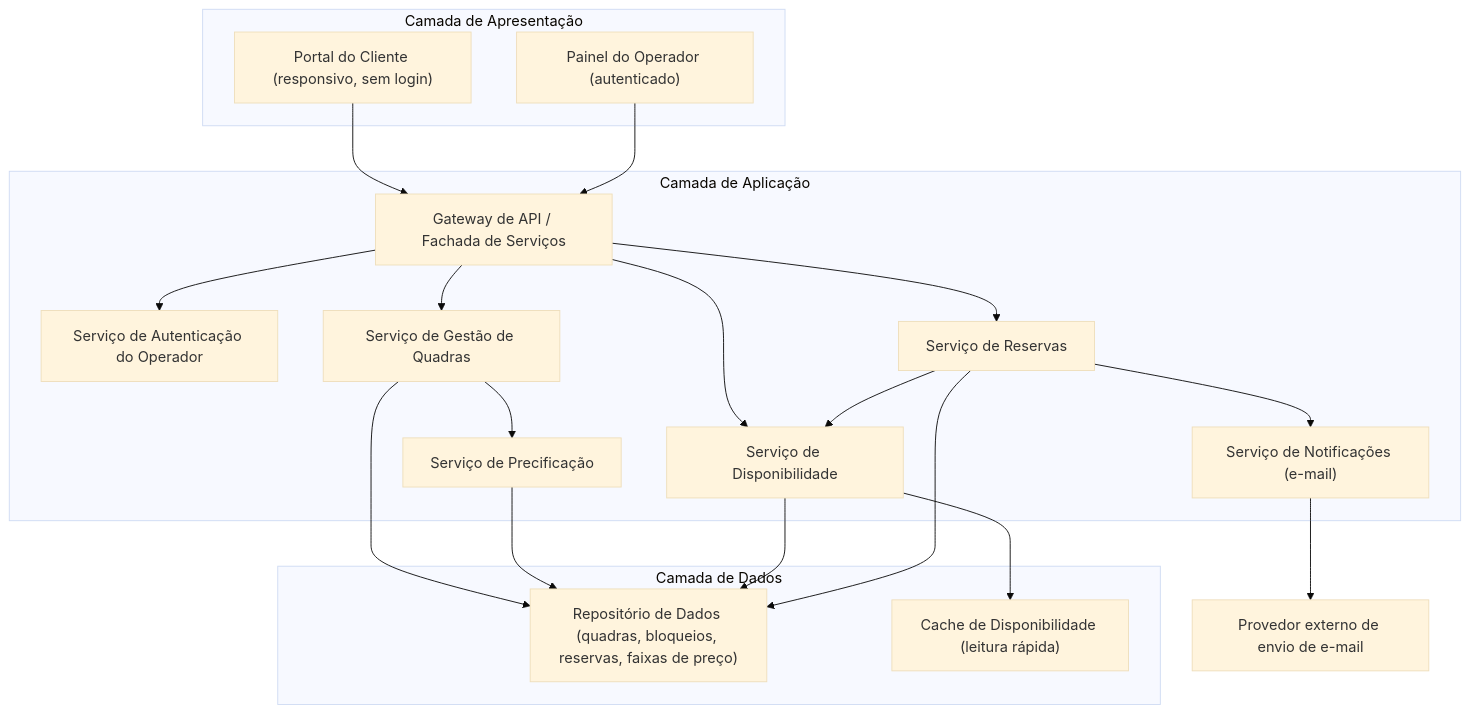
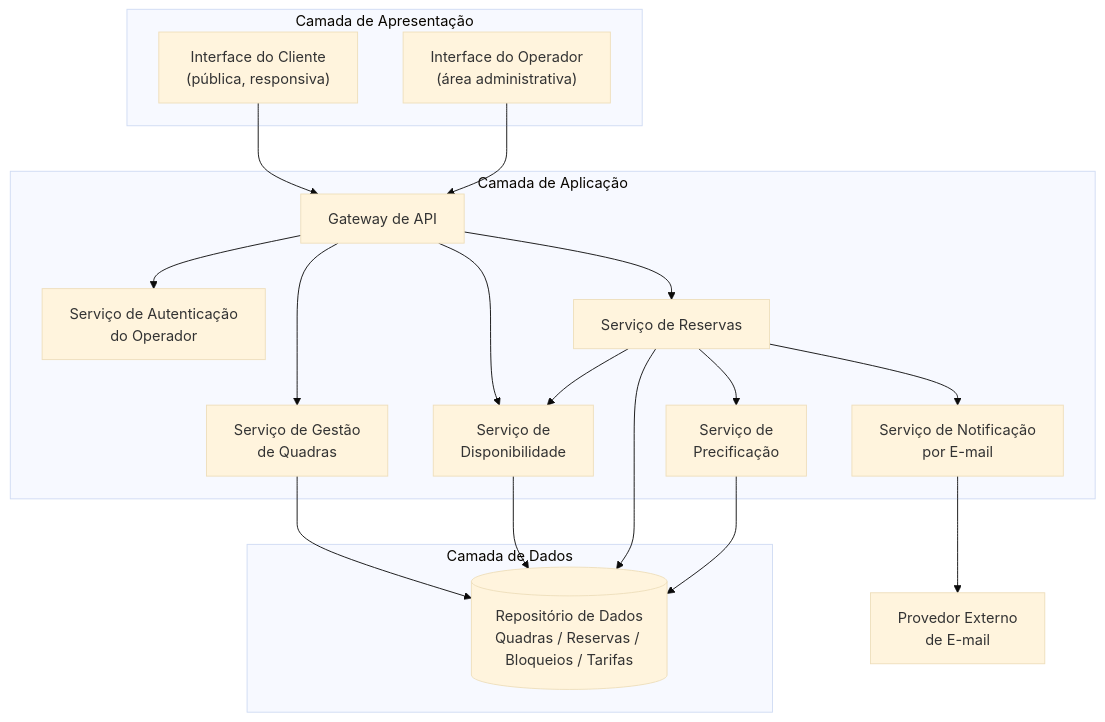
One commit to PDC-ESIA/AI4ES changed the first of 4 diagrams in docs/Time_2_Design/analise-qualitativa/outputs/relatorio_claude_fable_5_P05.md. Above: the diagram before and after it, drawn with Mermaid (base theme). The commit also changed other lines of this file and 93 other files, not shown here.

````diff
--- a/docs/Time_2_Design/analise-qualitativa/outputs/relatorio_claude_fable_5_P05.md
+++ b/docs/Time_2_Design/analise-qualitativa/outputs/relatorio_claude_fable_5_P05.md
@@ -26,40 +28,38 @@
 ```mermaid
 flowchart TB
     subgraph Apresentacao["Camada de Apresentação"]
-        UIC["Portal do Cliente (responsivo, sem login)"]
-        UIO["Painel do Operador (autenticado)"]
+        UIC["Interface do Cliente<br/>(pública, responsiva)"]
+        UIO["Interface do Operador<br/>(área administrativa)"]
     end
 
     subgraph Aplicacao["Camada de Aplicação"]
-        GW["Gateway de API / Fachada de Serviços"]
-        AUTH["Serviço de Autenticação do Operador"]
-        QDR["Serviço de Gestão de Quadras"]
-        DISP["Serviço de Disponibilidade"]
+        GW["Gateway de API"]
+        AUTH["Serviço de Autenticação<br/>do Operador"]
+        QUAD["Serviço de Gestão<br/>de Quadras"]
+        DISP["Serviço de<br/>Disponibilidade"]
         RES["Serviço de Reservas"]
-        PRC["Serviço de Precificação"]
-        NOT["Serviço de Notificações (e-mail)"]
+        PREC["Serviço de<br/>Precificação"]
+        NOTIF["Serviço de Notificação<br/>por E-mail"]
     end
 
     subgraph Dados["Camada de Dados"]
-        REP["Repositório de Dados (quadras, bloqueios, reservas, faixas de preço)"]
-        CACHE["Cache de Disponibilidade (leitura rápida)"]
+        REPO[("Repositório de Dados<br/>Quadras / Reservas / Bloqueios / Tarifas")]
     end
 
-    EMAIL["Provedor externo de envio de e-mail"]
+    EMAIL["Provedor Externo<br/>de E-mail"]
 
     UIC --> GW
     UIO --> GW
     GW --> AUTH
-    GW --> QDR
+    GW --> QUAD
     GW --> DISP
     GW --> RES
-    QDR --> REP
-    QDR --> PRC
-    PRC --> REP
-    DISP --> CACHE
-    DISP --> REP
-    RES --> REP
+    QUAD --> REPO
+    DISP --> REPO
+    RES --> REPO
     RES --> DISP
-    RES --> NOT
-    NOT --> EMAIL
+    RES --> PREC
+    PREC --> REPO
+    RES --> NOTIF
+    NOTIF --> EMAIL
 ```
````
